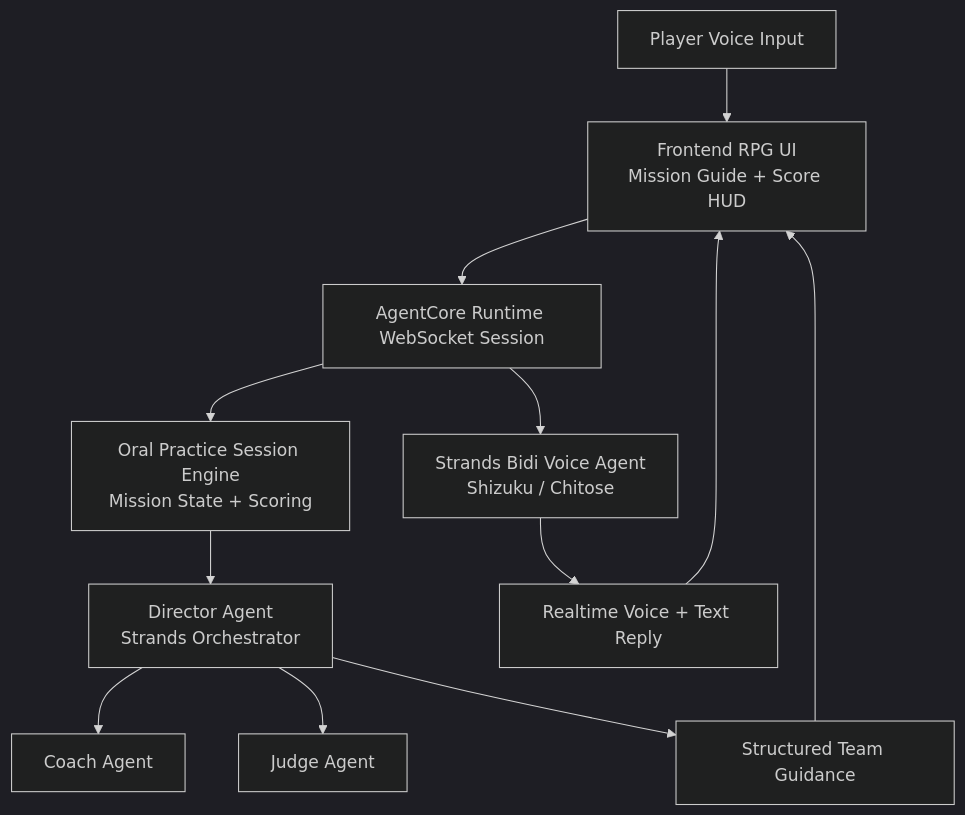
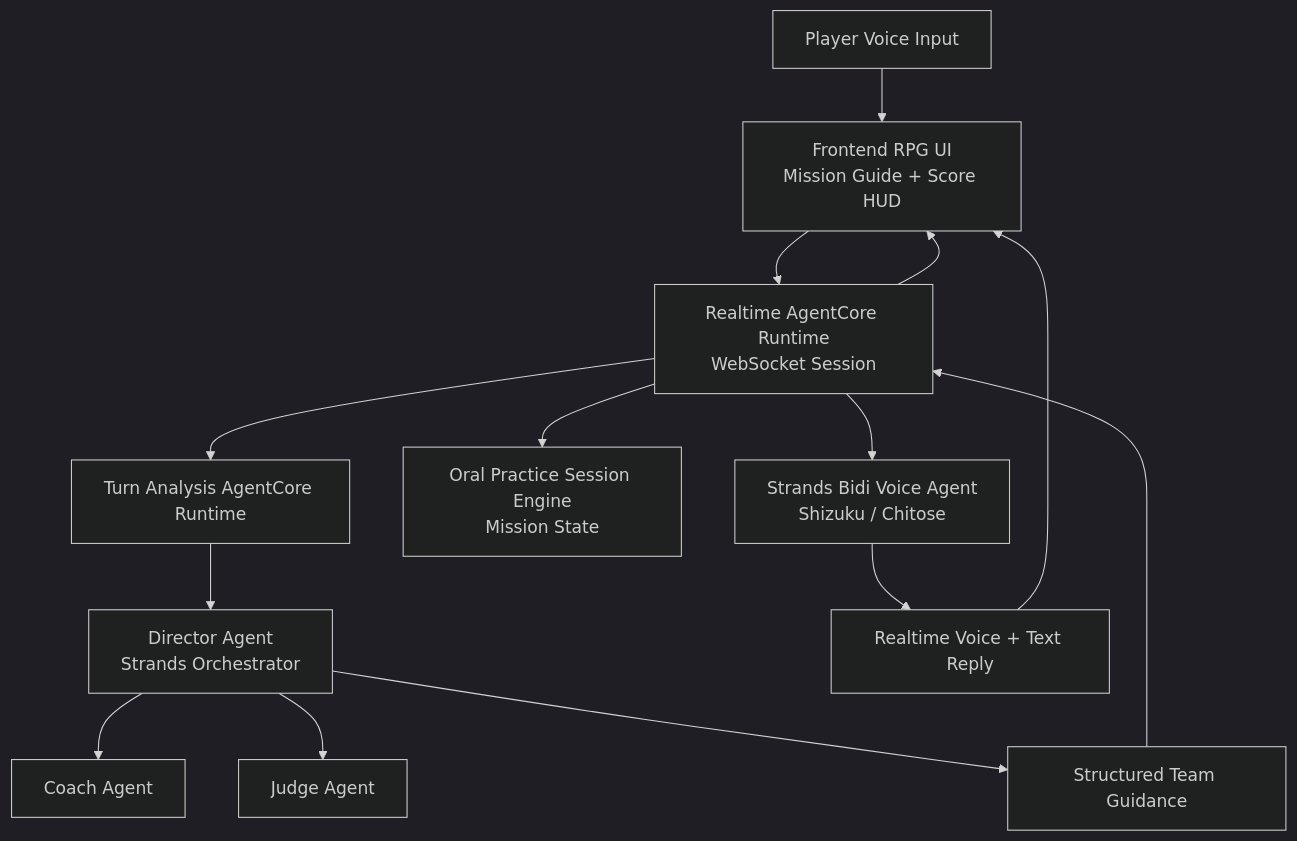
The first of 2 diagrams in README.md (wongcyrus/amazon-nova-sonic-2-dating-agents), drawn with Mermaid (dark theme) before and after one commit. The commit also changed other lines of this file and 19 other files, not shown here.

````diff
--- a/README.md
+++ b/README.md
@@ -121,14 +346,16 @@
 ```mermaid
 flowchart TD
     A[Player Voice Input] --> B[Frontend RPG UI<br/>Mission Guide + Score HUD]
-    B --> C[AgentCore Runtime WebSocket Session]
+    B --> C[Realtime AgentCore Runtime<br/>WebSocket Session]
     C --> D[Strands Bidi Voice Agent<br/>Shizuku / Chitose]
-    C --> E[Oral Practice Session Engine<br/>Mission State + Scoring]
-    E --> F[Director Agent<br/>Strands Orchestrator]
-    F --> G[Coach Agent]
-    F --> H[Judge Agent]
-    F --> I[Structured Team Guidance]
-    D --> J[Realtime Voice + Text Reply]
-    I --> B
-    J --> B
+    C --> E[Oral Practice Session Engine<br/>Mission State]
+    C --> F[Turn Analysis AgentCore Runtime]
+    F --> G[Director Agent<br/>Strands Orchestrator]
+    G --> H[Coach Agent]
+    G --> I[Judge Agent]
+    G --> J[Structured Team Guidance]
+    D --> K[Realtime Voice + Text Reply]
+    J --> C
+    C --> B
+    K --> B
 ```
````
